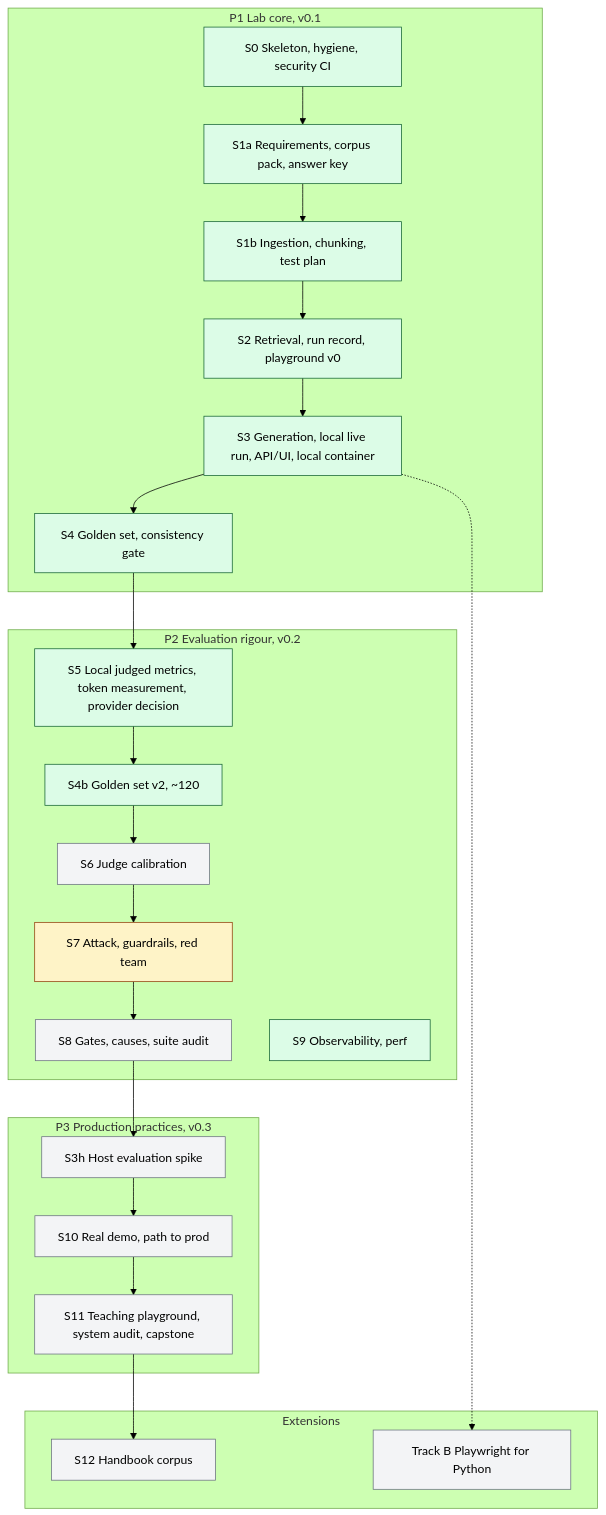
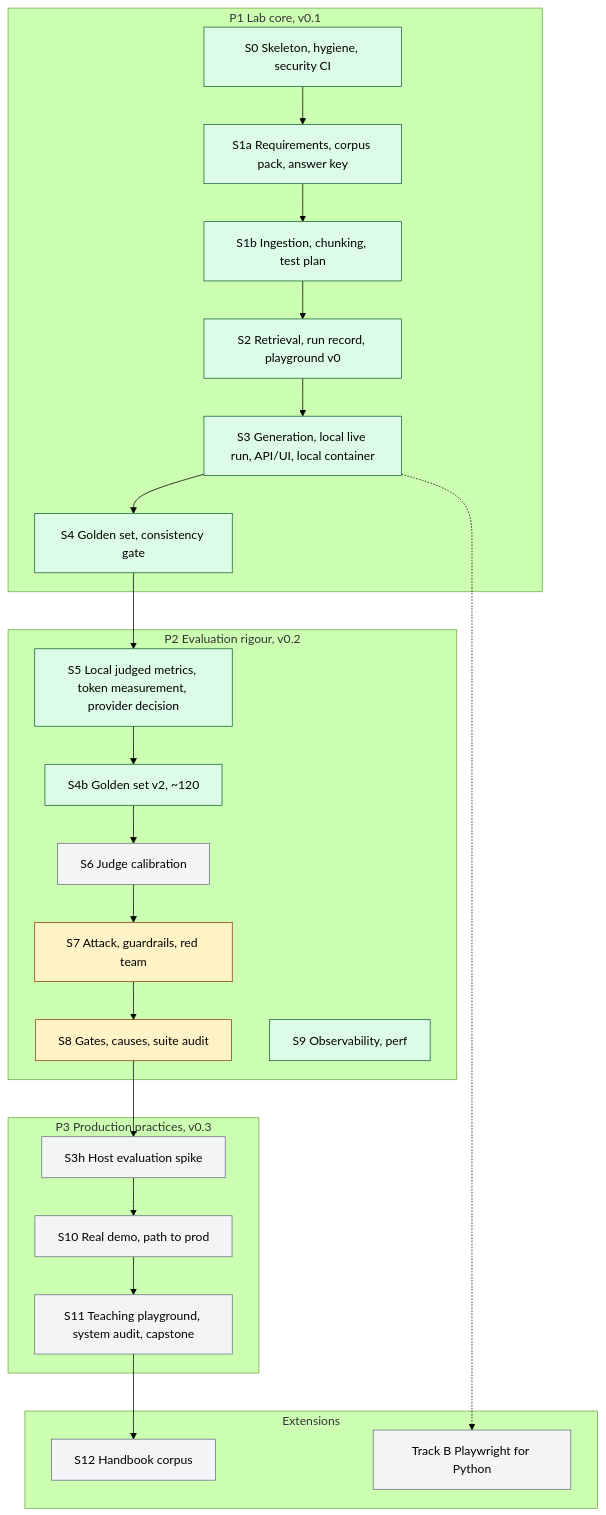
One commit to willcoliveira/ai-testing-rag-lab changed the diagram in README.md. Above: the diagram before and after it, drawn with Mermaid (forest theme). The commit also changed 9 other files, not shown here.

````diff
--- a/README.md
+++ b/README.md
@@ -25,27 +25,27 @@
 ```mermaid
 flowchart TB
   subgraph P1[P1 Lab core, v0.1]
     S0[S0 Skeleton, hygiene, security CI] --> S1a[S1a Requirements, corpus pack, answer key] --> S1b[S1b Ingestion, chunking, test plan] --> S2[S2 Retrieval, run record, playground v0] --> S3[S3 Generation, local live run, API/UI, local container] --> S4[S4 Golden set, consistency gate]
   end
   subgraph P2[P2 Evaluation rigour, v0.2]
     S5[S5 Local judged metrics, token measurement, provider decision] --> S4b[S4b Golden set v2, ~120] --> S6[S6 Judge calibration] --> S7[S7 Attack, guardrails, red team] --> S8[S8 Gates, causes, suite audit]
     S9[S9 Observability, perf]
   end
   subgraph P3[P3 Production practices, v0.3]
     S3h[S3h Host evaluation spike] --> S10[S10 Real demo, path to prod] --> S11[S11 Teaching playground, system audit, capstone]
   end
   subgraph EXT[Extensions]
     S12[S12 Handbook corpus]
     B[Track B Playwright for Python]
   end
   S4 --> S5
   S8 --> S3h
   S11 --> S12
   S3 -.-> B
   classDef todo fill:#f3f4f6,stroke:#6b7280
   classDef wip fill:#fef3c7,stroke:#92400e
   classDef done fill:#dcfce7,stroke:#166534
   class S0,S1a,S1b,S2,S3,S4,S5,S4b,S9 done
-  class S7 wip
-  class S3h,S6,S8,S10,S11,S12,B todo
+  class S7,S8 wip
+  class S3h,S6,S10,S11,S12,B todo
 ```
````
